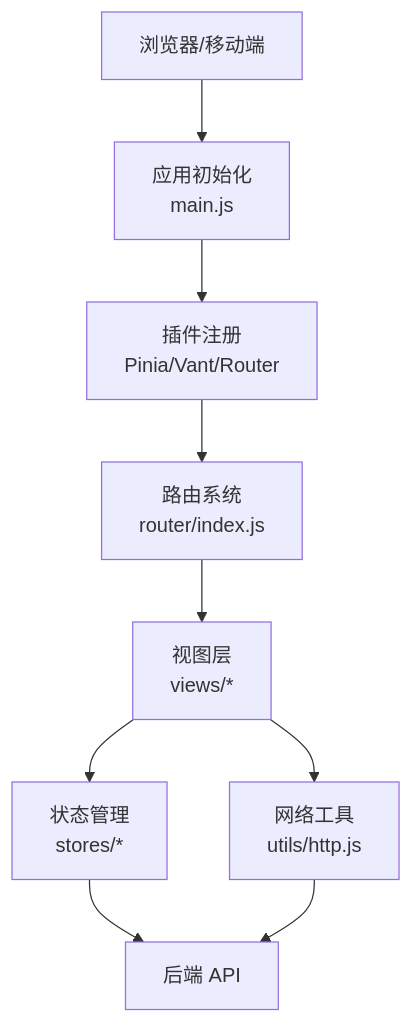
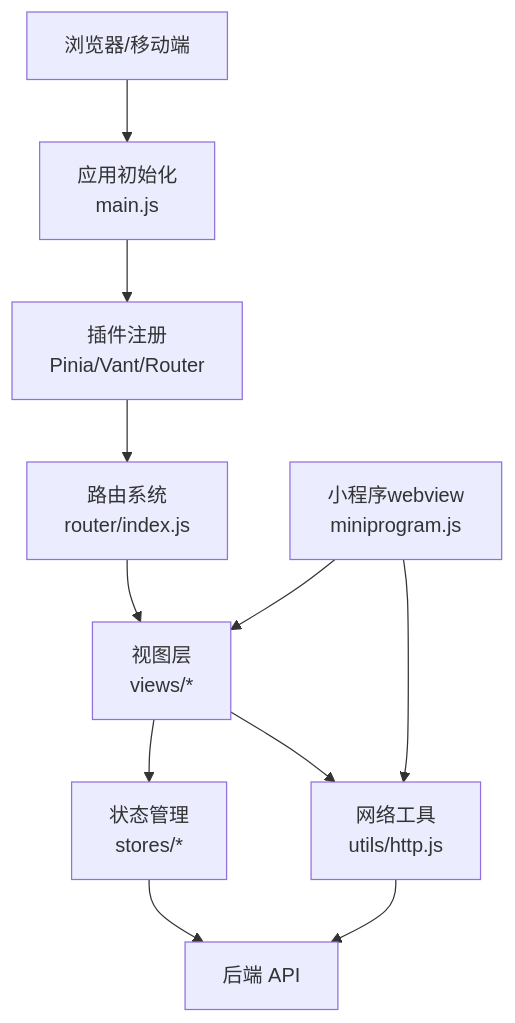
One commit to Giraffe-Han/microAPP changed the second of 6 diagrams in .qoder/repowiki/zh/content/前端应用架构/前端应用架构.md. Above: the diagram before and after it, drawn with Mermaid. The commit also changed other lines of this file and 8 other files, not shown here.

Commit message:
update: 医疗配送图标改为红底白十字，金刚区医疗配送与服务评价位置互换

````diff
--- a/.qoder/repowiki/zh/content/前端应用架构/前端应用架构.md
+++ b/.qoder/repowiki/zh/content/前端应用架构/前端应用架构.md
@@ -146,11 +172,13 @@
 ```mermaid
 graph TB
 Client["浏览器/移动端"] --> Init["应用初始化<br/>main.js"]
 Init --> Plugins["插件注册<br/>Pinia/Vant/Router"]
 Plugins --> Router["路由系统<br/>router/index.js"]
 Router --> Views["视图层<br/>views/*"]
 Views --> Stores["状态管理<br/>stores/*"]
 Views --> Utils["网络工具<br/>utils/http.js"]
-Stores --> Backend["后端 API"]
-Utils --> Backend
+Utils --> Backend["后端 API"]
+Stores --> Backend
+MiniProgram["小程序webview<br/>miniprogram.js"] --> Views
+MiniProgram --> Utils
 ```
````
